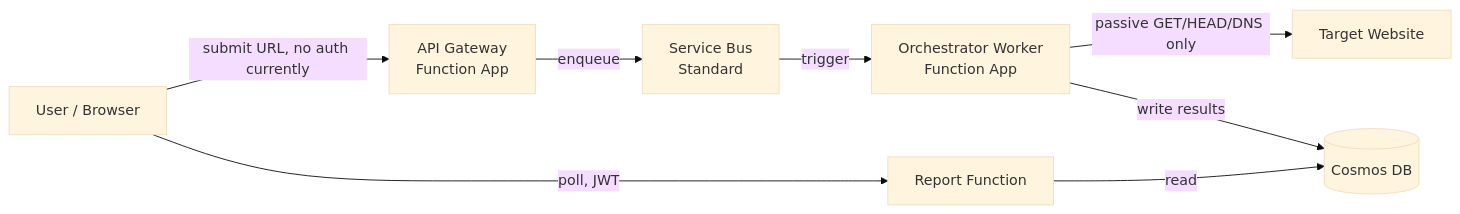
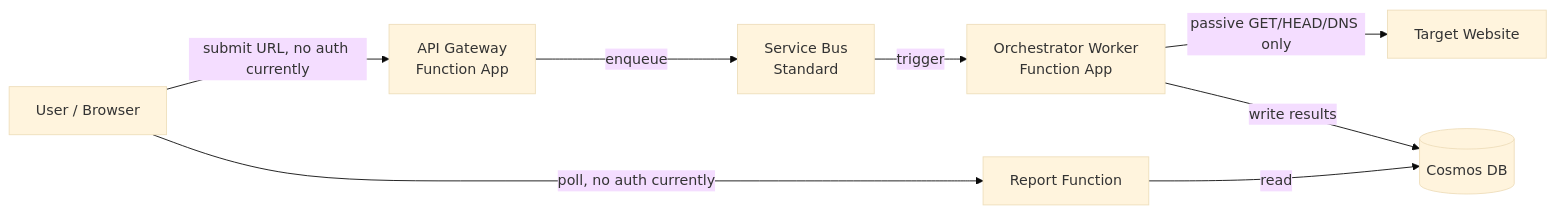
Before and after one commit to amramer101/Bravo6-RS: the diagram in README.md, drawn with Mermaid (base theme). The commit also changed other lines of this file and 21 other files, not shown here.

````diff
--- a/README.md
+++ b/README.md
@@ -100,10 +100,10 @@
 ```mermaid
 flowchart LR
     U[User / Browser] -->|submit URL, no auth currently| GW[API Gateway<br/>Function App]
     GW -->|enqueue| SB[Service Bus<br/>Standard]
     SB -->|trigger| W[Orchestrator Worker<br/>Function App]
     W -->|passive GET/HEAD/DNS only| T[Target Website]
     W -->|write results| DB[(Cosmos DB)]
-    U -->|poll, JWT| RF[Report Function]
+    U -->|poll, no auth currently| RF[Report Function]
     RF -->|read| DB
 ```
````
